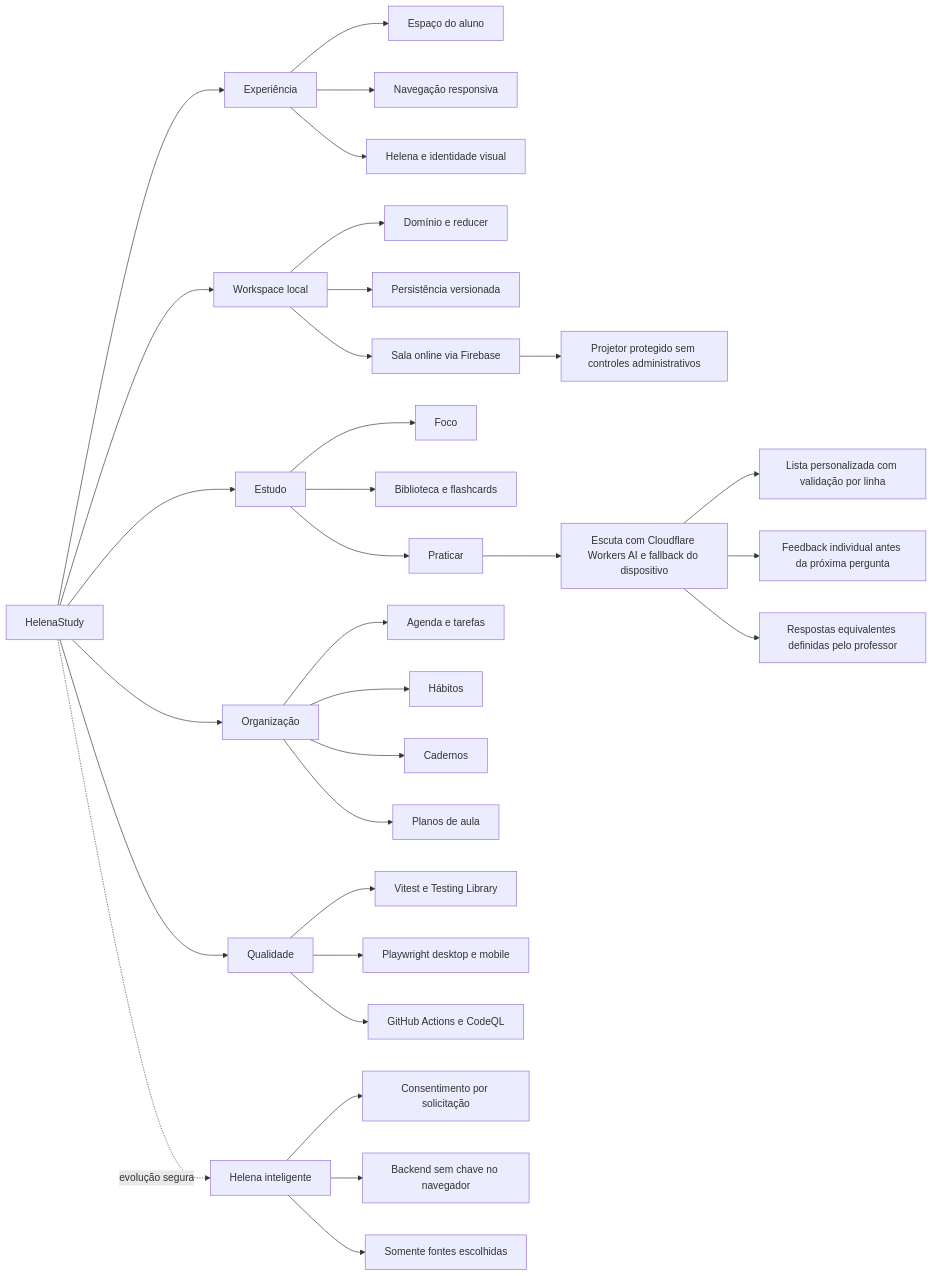
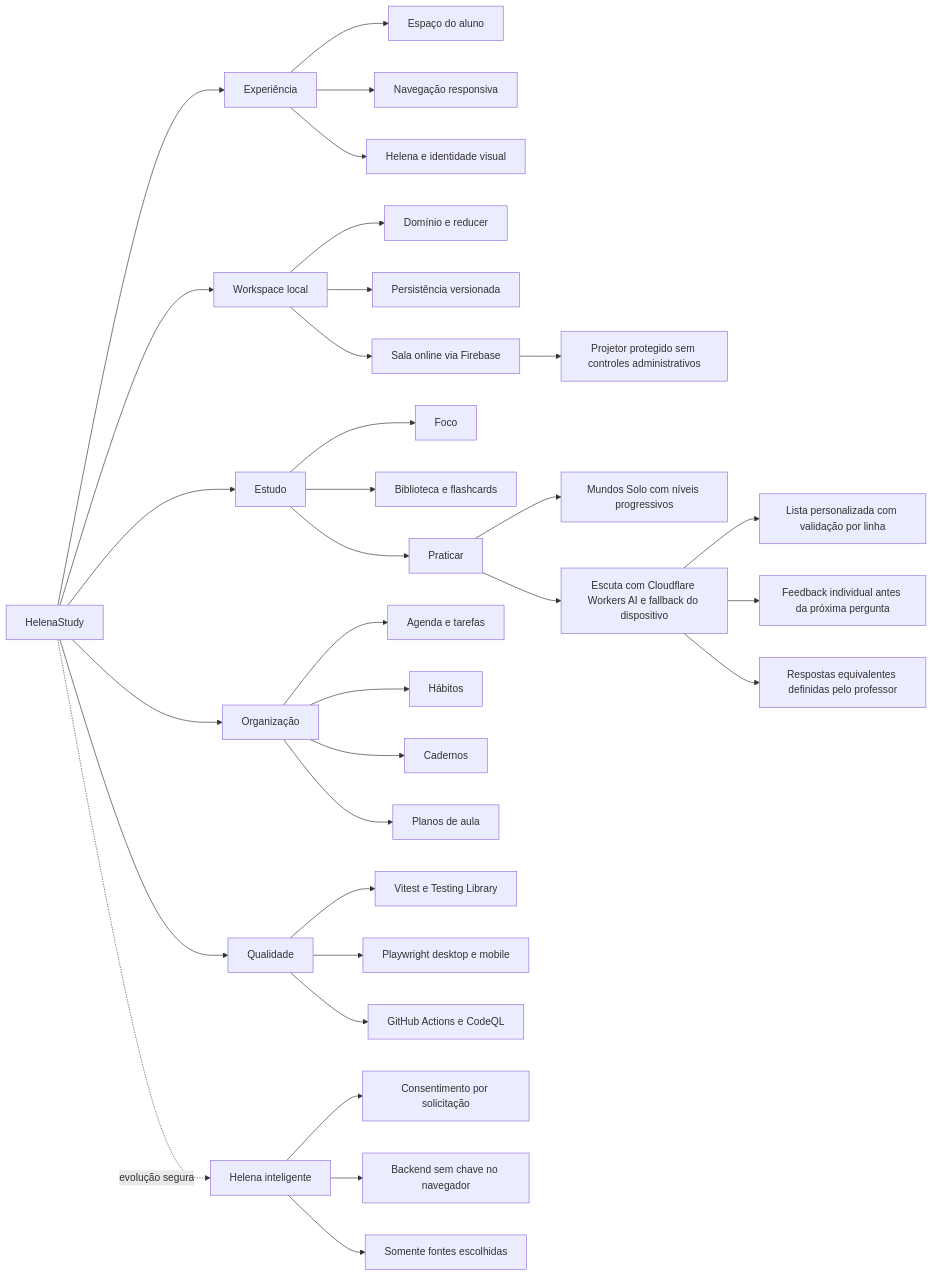
Before and after one commit to olive644/helenastudy: the diagram in docs/SECOND_BRAIN.md, drawn with Mermaid. The commit also changed 7 other files, not shown here.

Commit message:
feat(practice): make solo worlds interactive

````diff
--- a/docs/SECOND_BRAIN.md
+++ b/docs/SECOND_BRAIN.md
@@ -77,39 +77,40 @@
 ```mermaid
 flowchart LR
   HS[HelenaStudy] --> UX[Experiência]
   HS --> DATA[Workspace local]
   HS --> STUDY[Estudo]
   HS --> ORG[Organização]
   HS --> QUALITY[Qualidade]
   HS -. evolução segura .-> INTEL[Helena inteligente]
 
   UX --> TODAY[Espaço do aluno]
   UX --> NAV[Navegação responsiva]
   UX --> BRAND[Helena e identidade visual]
 
   DATA --> DOMAIN[Domínio e reducer]
   DATA --> STORAGE[Persistência versionada]
   DATA --> ROOM[Sala online via Firebase]
 
   STUDY --> FOCUS[Foco]
   STUDY --> LIB[Biblioteca e flashcards]
   STUDY --> PRACTICE[Praticar]
+  PRACTICE --> WORLDS[Mundos Solo com níveis progressivos]
   PRACTICE --> LISTEN[Escuta com Cloudflare Workers AI e fallback do dispositivo]
   LISTEN --> CUSTOM[Lista personalizada com validação por linha]
   LISTEN --> FEEDBACK[Feedback individual antes da próxima pergunta]
   ROOM --> PROJECTOR[Projetor protegido sem controles administrativos]
   LISTEN --> ALIASES[Respostas equivalentes definidas pelo professor]
 
   ORG --> PLAN[Agenda e tarefas]
   ORG --> HABITS[Hábitos]
   ORG --> NOTES[Cadernos]
   ORG --> LESSON[Planos de aula]
 
   QUALITY --> UNIT[Vitest e Testing Library]
   QUALITY --> E2E[Playwright desktop e mobile]
   QUALITY --> CI[GitHub Actions e CodeQL]
 
   INTEL --> CONSENT[Consentimento por solicitação]
   INTEL --> BACKEND[Backend sem chave no navegador]
   INTEL --> SOURCES[Somente fontes escolhidas]
 ```
````
